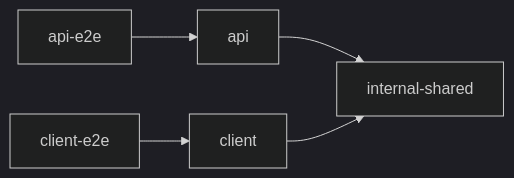
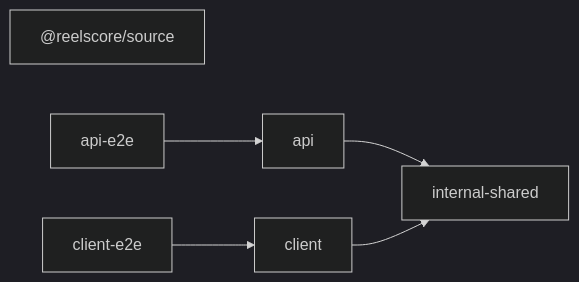
The diagram in README.md (svenson95/reelscore), drawn with Mermaid (dark theme) before and after one commit.

Commit message:
docs: update generated architecture diagram

````diff
--- a/README.md
+++ b/README.md
@@ -88,12 +88,13 @@
 ```mermaid
 flowchart LR
+  _reelscore_source["@reelscore/source"]
   api["api"]
   api_e2e["api-e2e"]
   client["client"]
   client_e2e["client-e2e"]
   internal_shared["internal-shared"]
   api_e2e --> api
   api --> internal_shared
   client_e2e --> client
   client --> internal_shared
 ```
````
